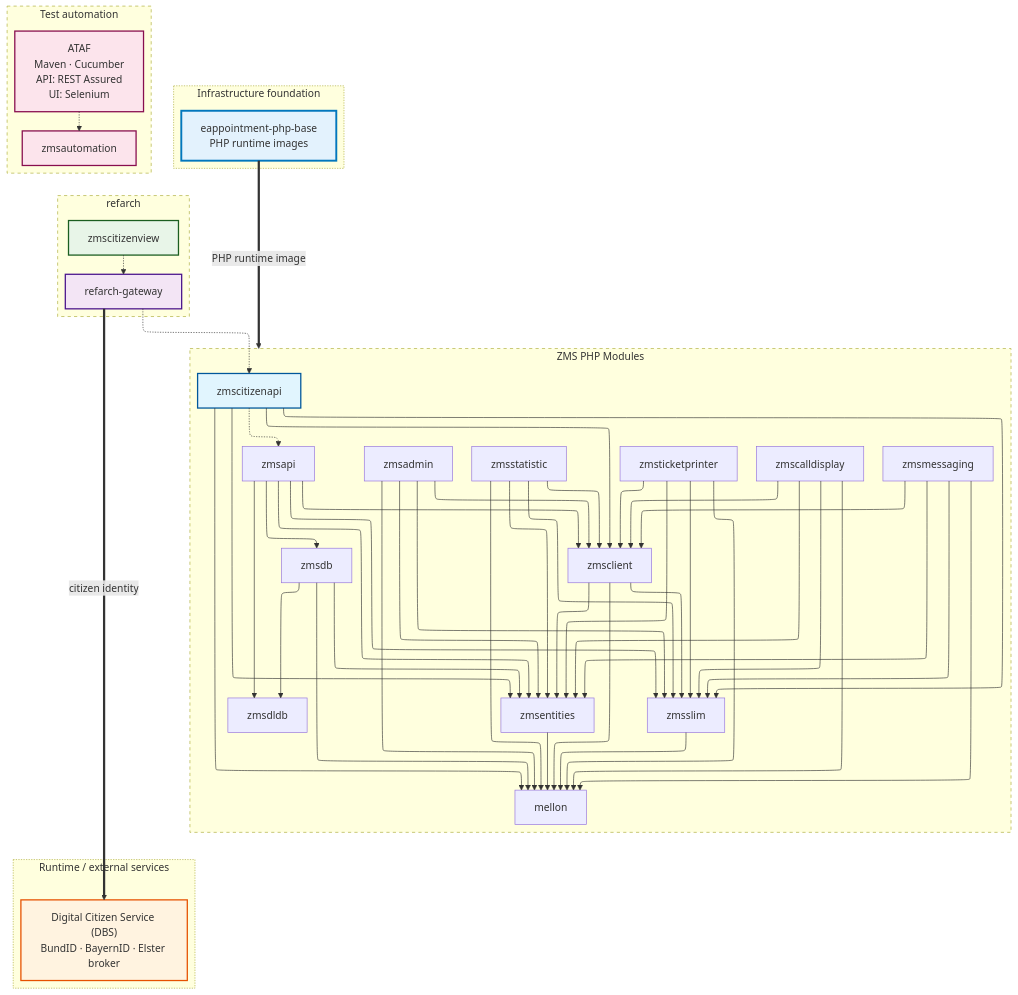
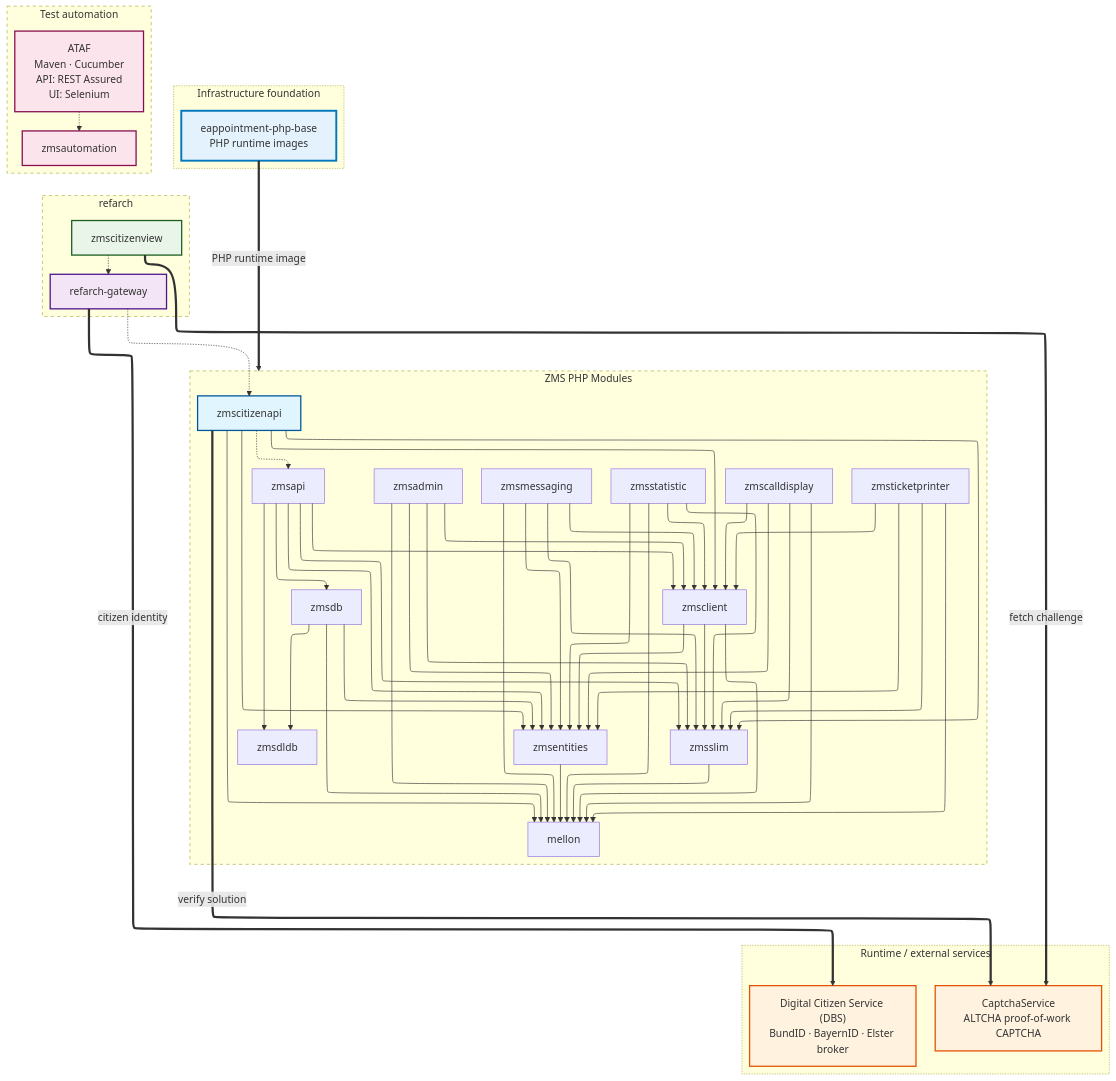
Before and after one commit to it-at-m/eappointment: the diagram in docs/en/setup-and-development/development-rules/dependency-graph.md, drawn with Mermaid. The commit also changed other lines of this file and 4 other files, not shown here.

First line of the commit message:
docs(ZMSKVR): surface CaptchaService in dependency graph and history

```diff
--- a/docs/en/setup-and-development/development-rules/dependency-graph.md
+++ b/docs/en/setup-and-development/development-rules/dependency-graph.md
@@ -41,6 +42,8 @@
 
     %% Runtime / external services (thick)
     refarch-gateway ==>|citizen identity| dbs;
+    zmscitizenview ==>|fetch challenge| captchaservice;
+    zmscitizenapi ==>|verify solution| captchaservice;
     phpbase ==>|PHP runtime image| zms_modules;
 
     %% Test automation: ATAF supplies the stack; zmsautomation consumes it (targets: see section below)
@@ -73,6 +76,7 @@
     subgraph runtime [Runtime / external services]
         style runtime stroke-dasharray: 2, 4
         dbs["Digital Citizen Service (DBS)<br>BundID · BayernID · Elster broker"]
+        captchaservice["CaptchaService<br>ALTCHA proof-of-work CAPTCHA"]
     end
 
     subgraph foundation [Infrastructure foundation]
@@ -98,6 +102,7 @@
     class refarch-gateway gateway;
     class zmscitizenview citizenview;
     class dbs runtimeSvc;
+    class captchaservice runtimeSvc;
     class phpbase infra;
     class zmsautomation automation;
     class ataf automation;
```
